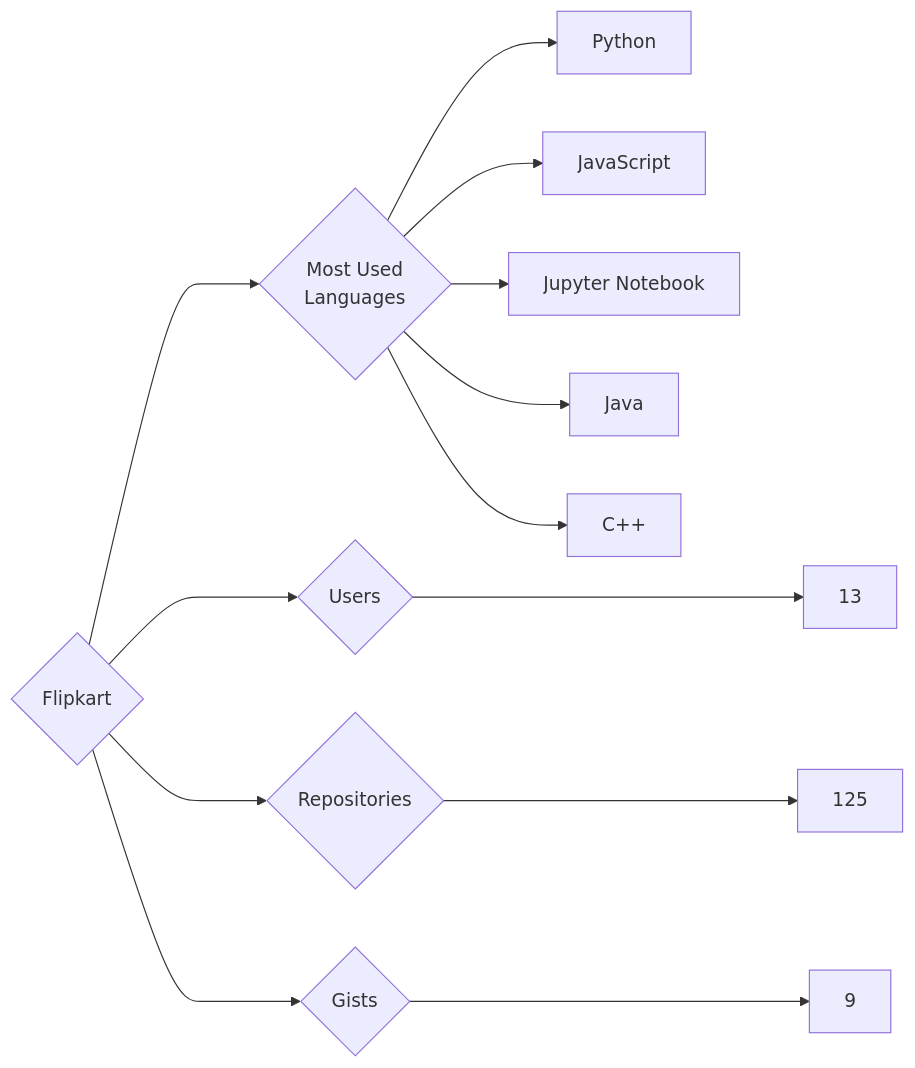
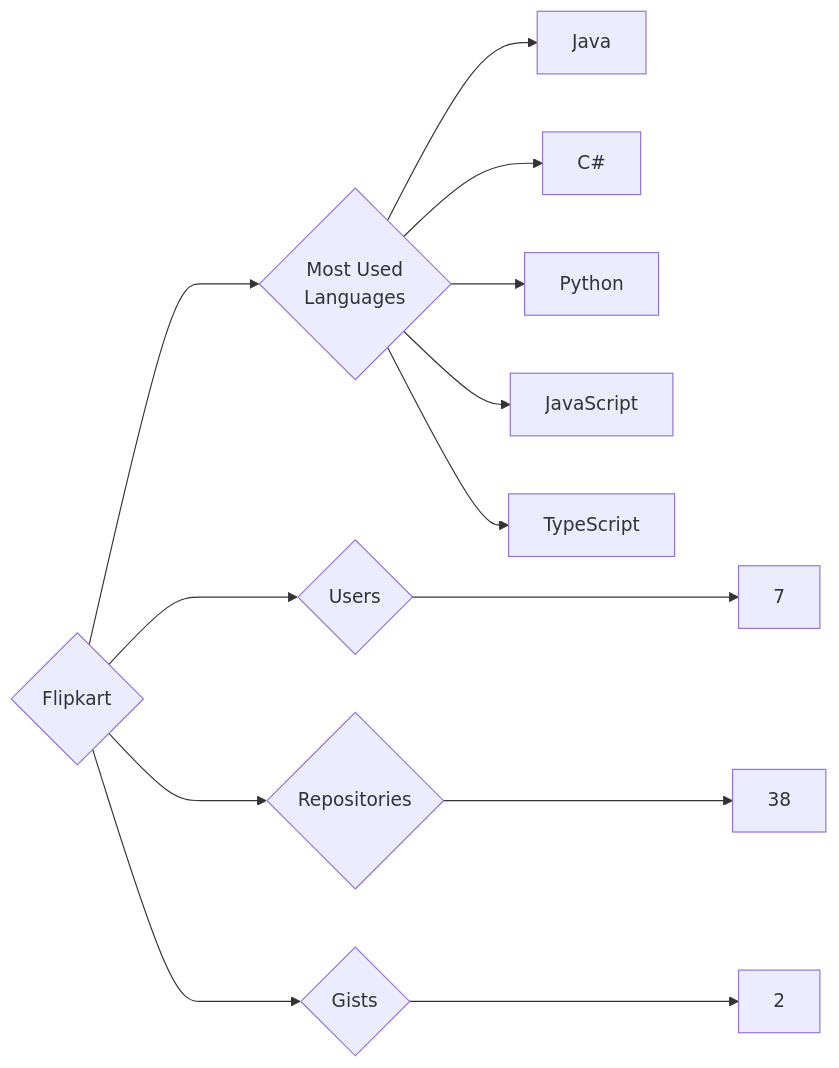
One commit to trickest/insiders changed the diagram in targets/Flipkart/README.md. Above: the diagram before and after it, drawn with Mermaid. The commit also changed 1078 other files, not shown here.

````diff
--- a/targets/Flipkart/README.md
+++ b/targets/Flipkart/README.md
@@ -3,13 +3,13 @@
 ```mermaid
 graph LR
 COMPANY_NAME{Flipkart}
-COMPANY_NAME ---> U{Users} ---> UN[13]
-COMPANY_NAME ---> R{Repositories} ---> RN[125]
-COMPANY_NAME ---> G{Gists} ---> GN[9]
+COMPANY_NAME ---> U{Users} ---> UN[7]
+COMPANY_NAME ---> R{Repositories} ---> RN[38]
+COMPANY_NAME ---> G{Gists} ---> GN[2]
 COMPANY_NAME ---> ML{Most Used<br>Languages}
+ML --> Java[Java]
+ML --> C#[C#]
 ML --> Python[Python]
 ML --> JavaScript[JavaScript]
-ML --> Jupyter_Notebook[Jupyter Notebook]
-ML --> Java[Java]
-ML --> C++[C++]
+ML --> TypeScript[TypeScript]
 ```
````
